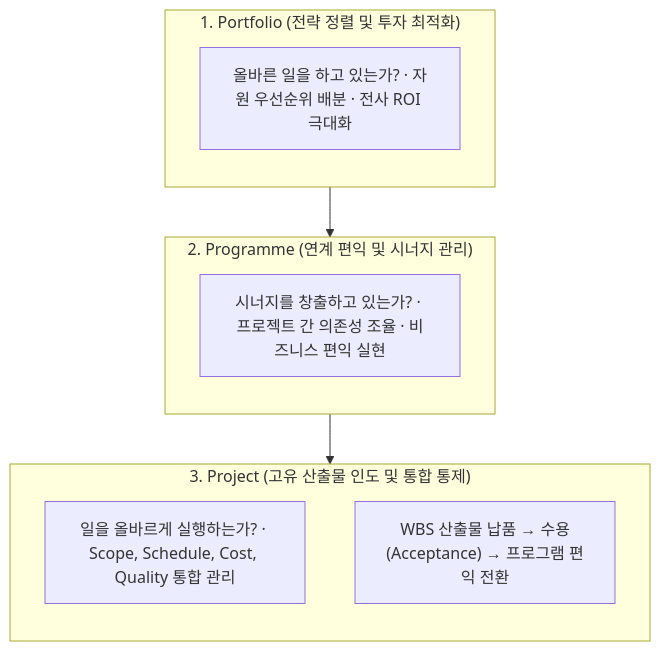
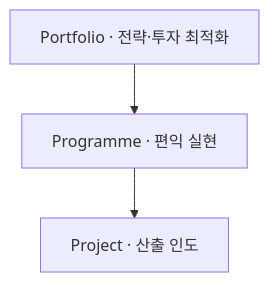
One commit to agnusdei1207/study changed the third of 3 diagrams in src/content/docs/notes/itpe/01-it-strategy/065_project_management.md. Above: the diagram before and after it, drawn with Mermaid. The commit also changed other lines of this file and 19 other files, not shown here.

````diff
--- a/src/content/docs/notes/itpe/01-it-strategy/065_project_management.md
+++ b/src/content/docs/notes/itpe/01-it-strategy/065_project_management.md
@@ -147,20 +117,4 @@
 ```mermaid
 flowchart TD
-    subgraph PORT["1. Portfolio (전략 정렬 및 투자 최적화)"]
-        direction TB
-        P1["올바른 일을 하고 있는가? · 자원 우선순위 배분 · 전사 ROI 극대화"]
-    end
-
-    subgraph PROG["2. Programme (연계 편익 및 시너지 관리)"]
-        direction TB
-        PR1["시너지를 창출하고 있는가? · 프로젝트 간 의존성 조율 · 비즈니스 편익 실현"]
-    end
-
-    subgraph PROJ["3. Project (고유 산출물 인도 및 통합 통제)"]
-        direction TB
-        PJ1["일을 올바르게 실행하는가? · Scope, Schedule, Cost, Quality 통합 관리"]
-        PJ2["WBS 산출물 납품 → 수용(Acceptance) → 프로그램 편익 전환"]
-    end
-
-    PORT --> PROG --> PROJ
+    PORT["Portfolio · 전략·투자 최적화"] --> PROG["Programme · 편익 실현"] --> PROJ["Project · 산출 인도"]
 ```
````
